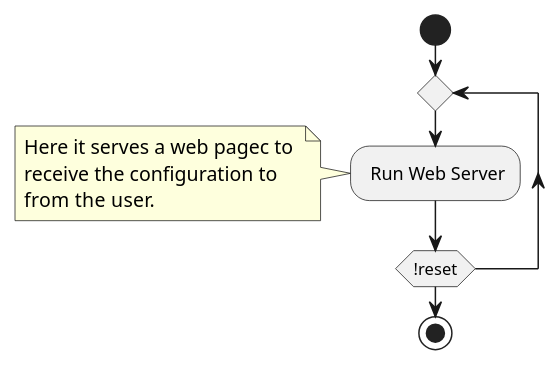
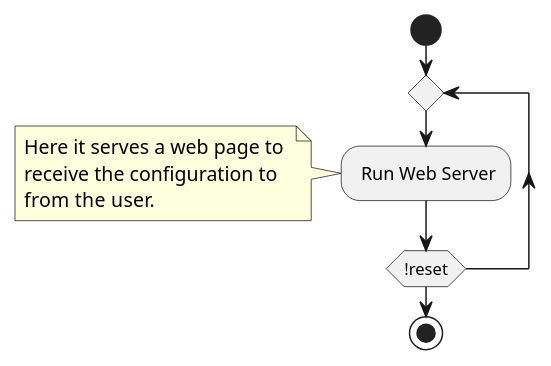
Before and after one commit to giannipablo/meteo-station-remotes: the diagram in plantuml/configuration_flow.wsd, drawn with PlantUML.

```diff
--- a/plantuml/configuration_flow.wsd
+++ b/plantuml/configuration_flow.wsd
@@ -1,17 +1,17 @@
 @startuml
 
 start
 
 repeat
     : Run Web Server;
     note left
-    Here it serves a web pagec to 
+    Here it serves a web page to 
     receive the configuration to
     from the user.
     endnote
 repeat while (!reset)
 
 stop
 
 
 @enduml
```
